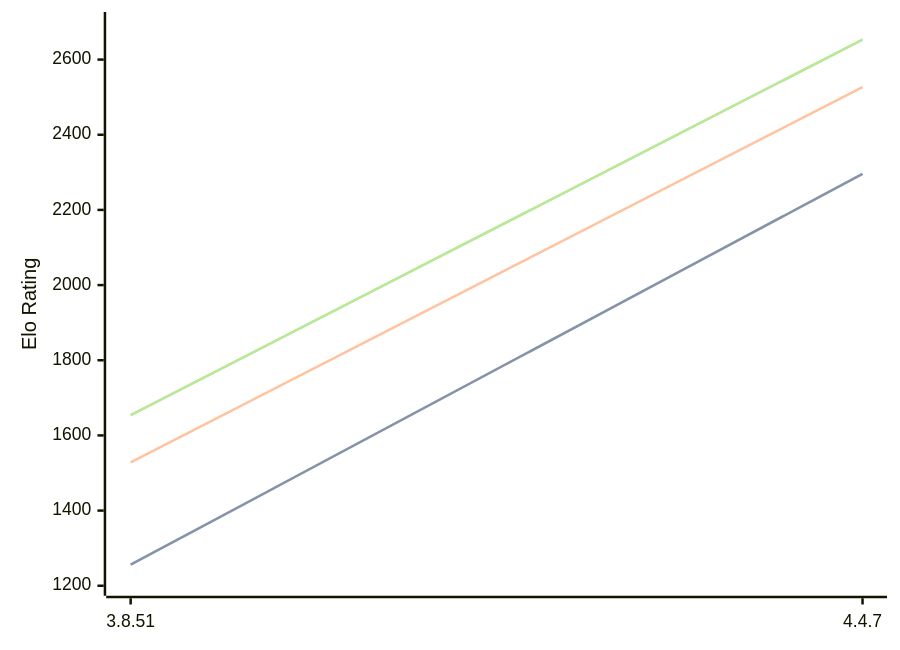
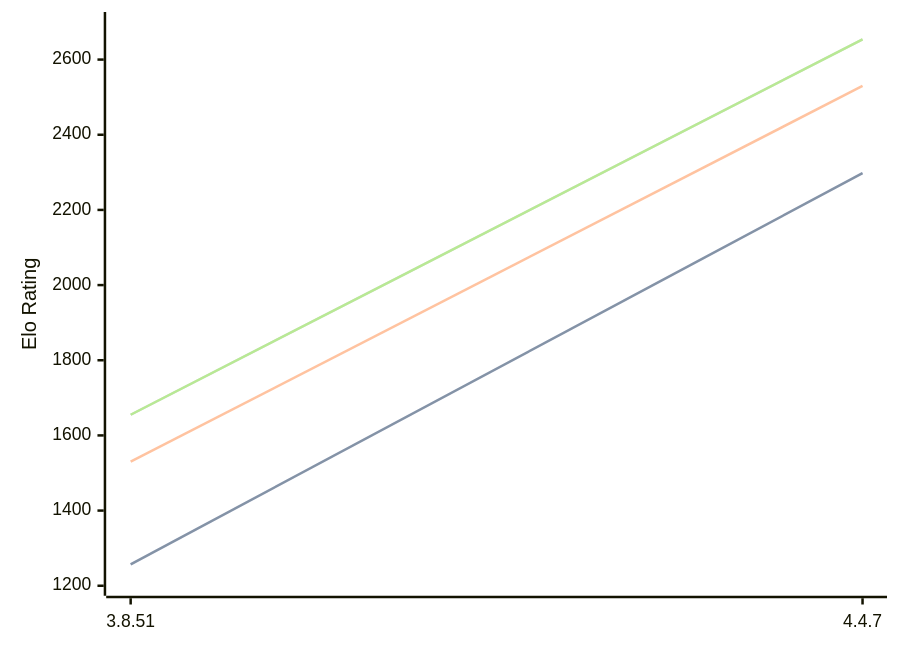
One commit to computer-chess-index/cci changed the diagram in engines/Scoria.md. Above: the diagram before and after it, drawn with Mermaid. The commit also changed other lines of this file, not shown here.

Commit message:
Update CCI Ratings (ELO VLTC) - 2026-10-09

````diff
--- a/engines/Scoria.md
+++ b/engines/Scoria.md
@@ -32,11 +32,11 @@
 ```mermaid
 %%{init: {"theme":"base","themeVariables":{"seriesColors:['#a3a3a3','#222221','#faa371']}}}%%
 xychart-beta
   x-axis ["3.8.51", "4.4.7"]
   y-axis "Elo Rating" 1200 --> 2700
-  line "" [1256, 2296]
-  line "STC (8.0+0.08s)" [1256, 2296]
-  line "LTC (60.0+0.60s)" [1528, 2527]
-  line "" [1654, 2653]
-  line "VLTC (2m24s+1.12s)" [1654, 2653]
+  line "" [1257, 2298]
+  line "STC (8.0+0.08s)" [1257, 2298]
+  line "LTC (60.0+0.60s)" [1530, 2530]
+  line "" [1655, 2654]
+  line "VLTC (2m24s+1.12s)" [1655, 2654]
 ```
````
